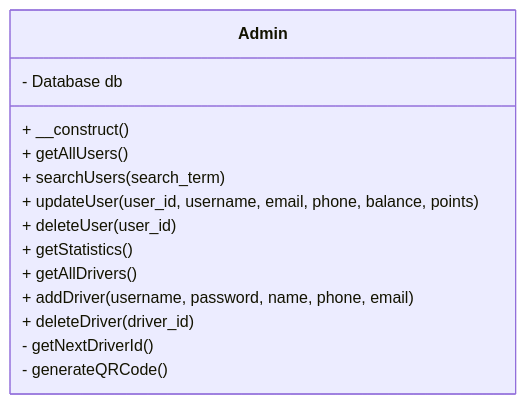
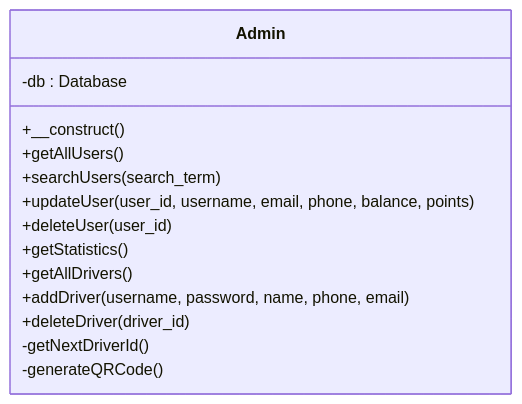
Before and after one commit to Omar-Issa1/Recycling_Project: the first of 4 diagrams in readme.md, drawn with Mermaid. The commit also changed other lines of this file, not shown here.

````diff
--- a/readme.md
+++ b/readme.md
@@ -49,17 +113,17 @@
 ```mermaid
 classDiagram
     class Admin {
-        - Database db
-        + __construct()
-        + getAllUsers()
-        + searchUsers(search_term)
-        + updateUser(user_id, username, email, phone, balance, points)
-        + deleteUser(user_id)
-        + getStatistics()
-        + getAllDrivers()
-        + addDriver(username, password, name, phone, email)
-        + deleteDriver(driver_id)
-        - getNextDriverId()
-        - generateQRCode()
+        +__construct()
+        +getAllUsers()
+        +searchUsers(search_term)
+        +updateUser(user_id, username, email, phone, balance, points)
+        +deleteUser(user_id)
+        +getStatistics()
+        +getAllDrivers()
+        +addDriver(username, password, name, phone, email)
+        +deleteDriver(driver_id)
+        -getNextDriverId()
+        -generateQRCode()
+        -db : Database
     }
 ```
````
